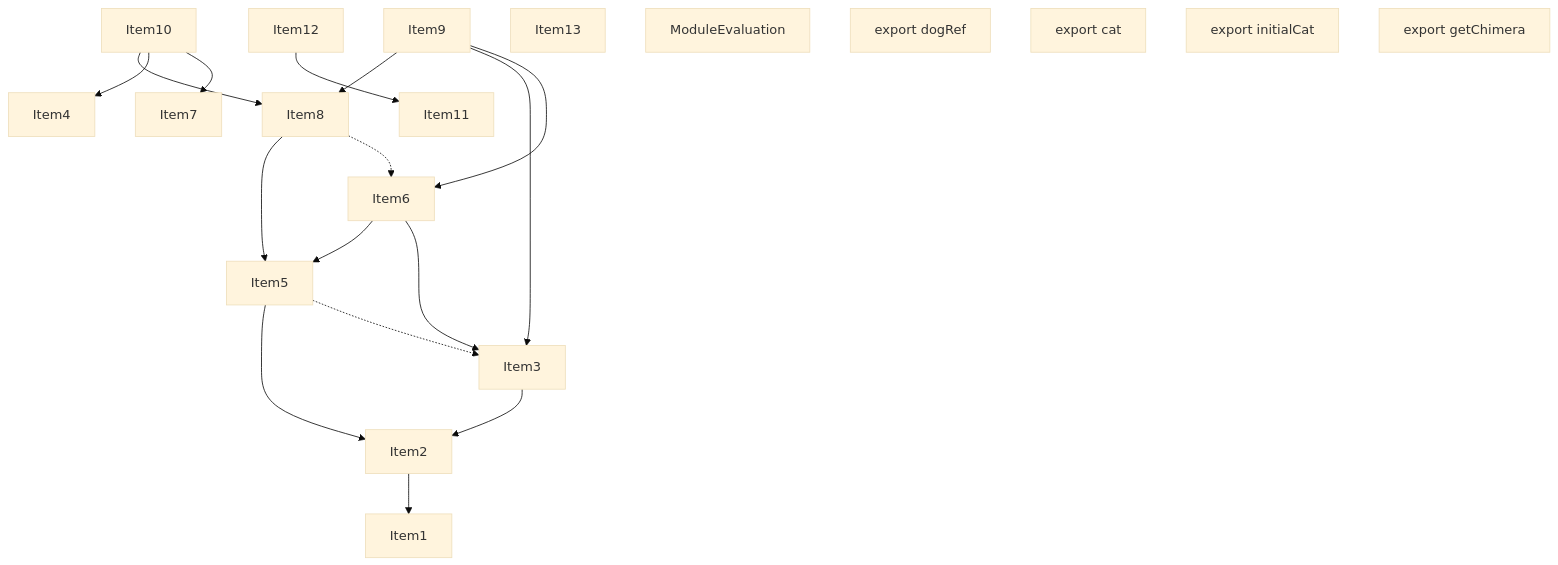
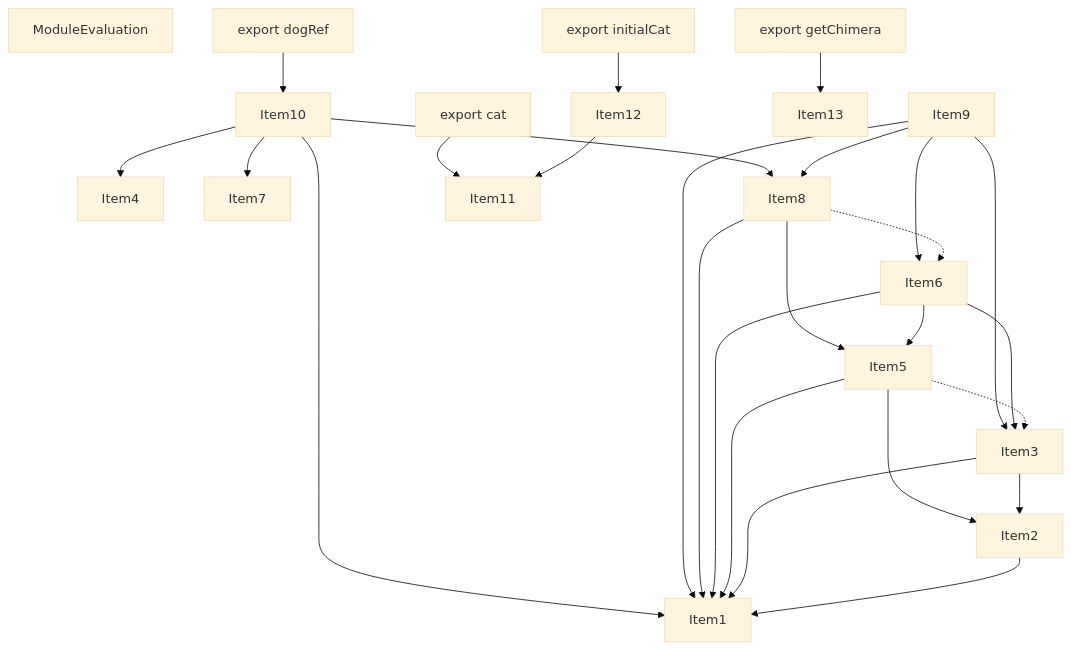
One commit to vercel/turborepo changed the second of 5 diagrams in crates/turbopack-ecmascript/tests/tree-shaker/analyzer/complex/output.md. Above: the diagram before and after it, drawn with Mermaid (base theme). The commit also changed other lines of this file and 22 other files, not shown here.

````diff
--- a/crates/turbopack-ecmascript/tests/tree-shaker/analyzer/complex/output.md
+++ b/crates/turbopack-ecmascript/tests/tree-shaker/analyzer/complex/output.md
@@ -181,41 +181,51 @@
 ```mermaid
 graph TD
     Item1;
     Item2;
     Item3;
     Item4;
     Item5;
     Item6;
     Item7;
     Item8;
     Item9;
     Item10;
     Item11;
     Item12;
     Item13;
     Item14;
     Item14["ModuleEvaluation"];
     Item15;
     Item15["export dogRef"];
     Item16;
     Item16["export cat"];
     Item17;
     Item17["export initialCat"];
     Item18;
     Item18["export getChimera"];
     Item2 --> Item1;
     Item3 --> Item2;
+    Item3 --> Item1;
     Item5 --> Item2;
+    Item5 --> Item1;
     Item5 -.-> Item3;
     Item6 --> Item5;
+    Item6 --> Item1;
     Item6 --> Item3;
     Item8 --> Item5;
+    Item8 --> Item1;
     Item8 -.-> Item6;
     Item9 --> Item8;
+    Item9 --> Item1;
     Item9 --> Item3;
     Item9 --> Item6;
     Item10 --> Item8;
+    Item10 --> Item1;
     Item10 --> Item4;
     Item10 --> Item7;
     Item12 --> Item11;
+    Item15 --> Item10;
+    Item16 --> Item11;
+    Item17 --> Item12;
+    Item18 --> Item13;
 ```
````
